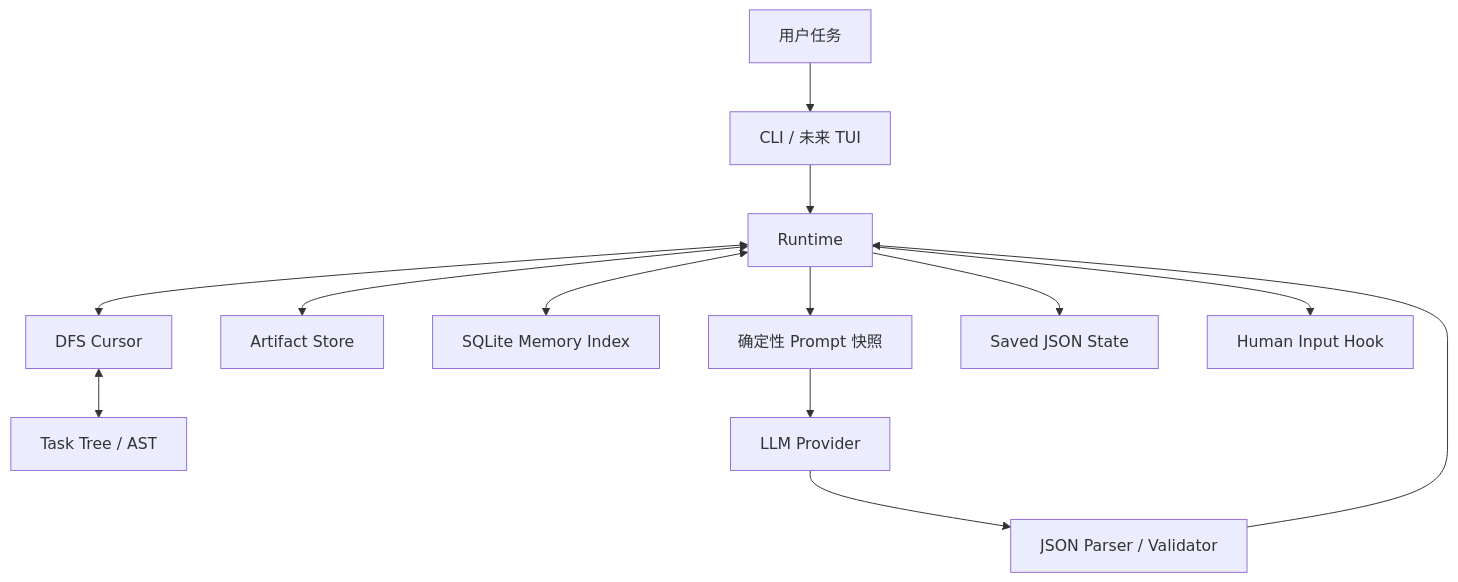
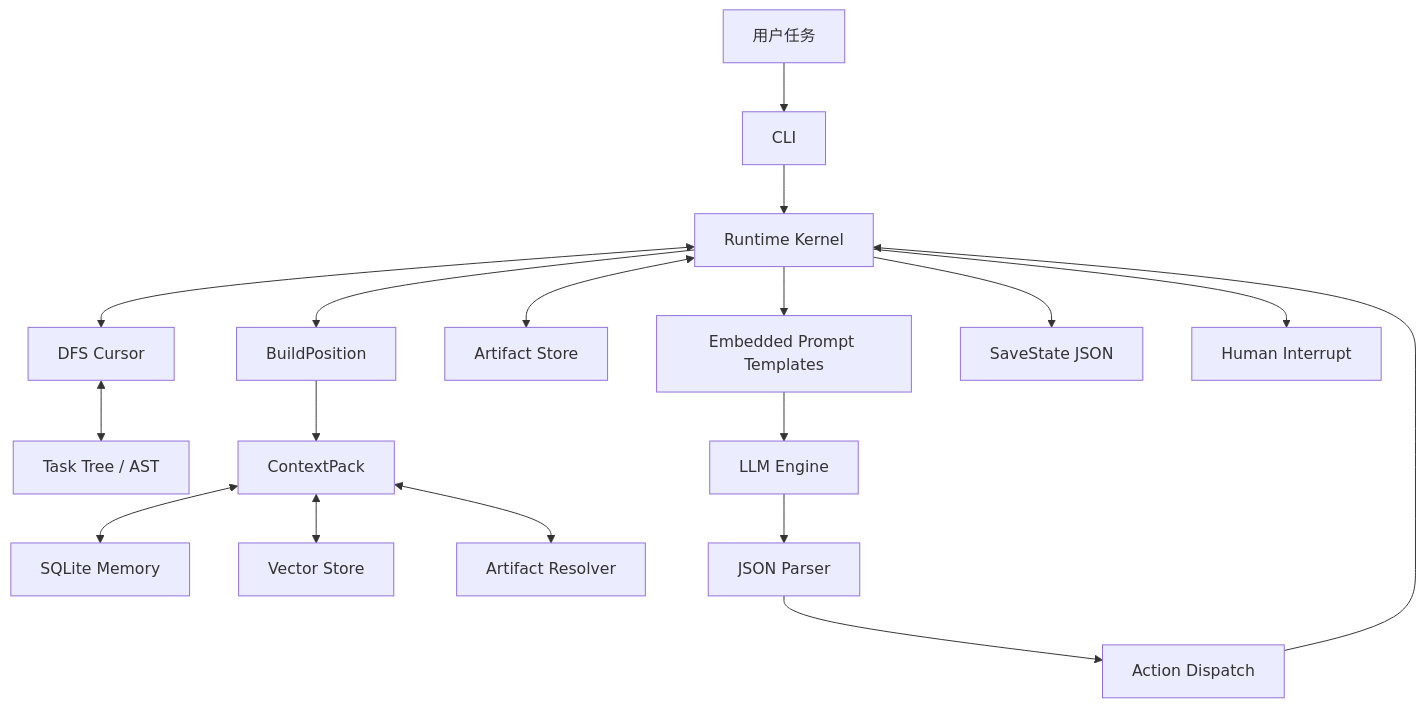
The diagram in README_CN.md (Steve65535/llmvm), drawn with Mermaid before and after one commit. The commit also changed other lines of this file and 30 other files, not shown here.

````diff
--- a/README_CN.md
+++ b/README_CN.md
@@ -186,18 +282,24 @@
 ```mermaid
 graph TD
-    User["用户任务"] --> CLI["CLI / 未来 TUI"]
-    CLI --> Runtime["Runtime"]
+    User["用户任务"] --> CLI["CLI"]
+    CLI --> Runtime["Runtime Kernel"]
 
     Runtime <--> Cursor["DFS Cursor"]
     Cursor <--> Tree["Task Tree / AST"]
+
+    Runtime --> Position["BuildPosition"]
+    Position --> ContextPack["ContextPack"]
+    ContextPack <--> Memory["SQLite Memory"]
+    ContextPack <--> Vector["Vector Store"]
+    ContextPack <--> Resolver["Artifact Resolver"]
+
     Runtime <--> Artifacts["Artifact Store"]
-    Runtime <--> Memory["SQLite Memory Index"]
-    Runtime --> Prompt["确定性 Prompt 快照"]
+    Runtime --> Prompt["Embedded Prompt Templates"]
+    Prompt --> LLM["LLM Engine"]
+    LLM --> Parser["JSON Parser"]
+    Parser --> Dispatch["Action Dispatch"]
+    Dispatch --> Runtime
 
-    Prompt --> LLM["LLM Provider"]
-    LLM --> Parser["JSON Parser / Validator"]
-    Parser --> Runtime
-
-    Runtime --> State["Saved JSON State"]
-    Runtime --> Human["Human Input Hook"]
+    Runtime --> Save["SaveState JSON"]
+    Runtime --> Human["Human Interrupt"]
 ```
````
